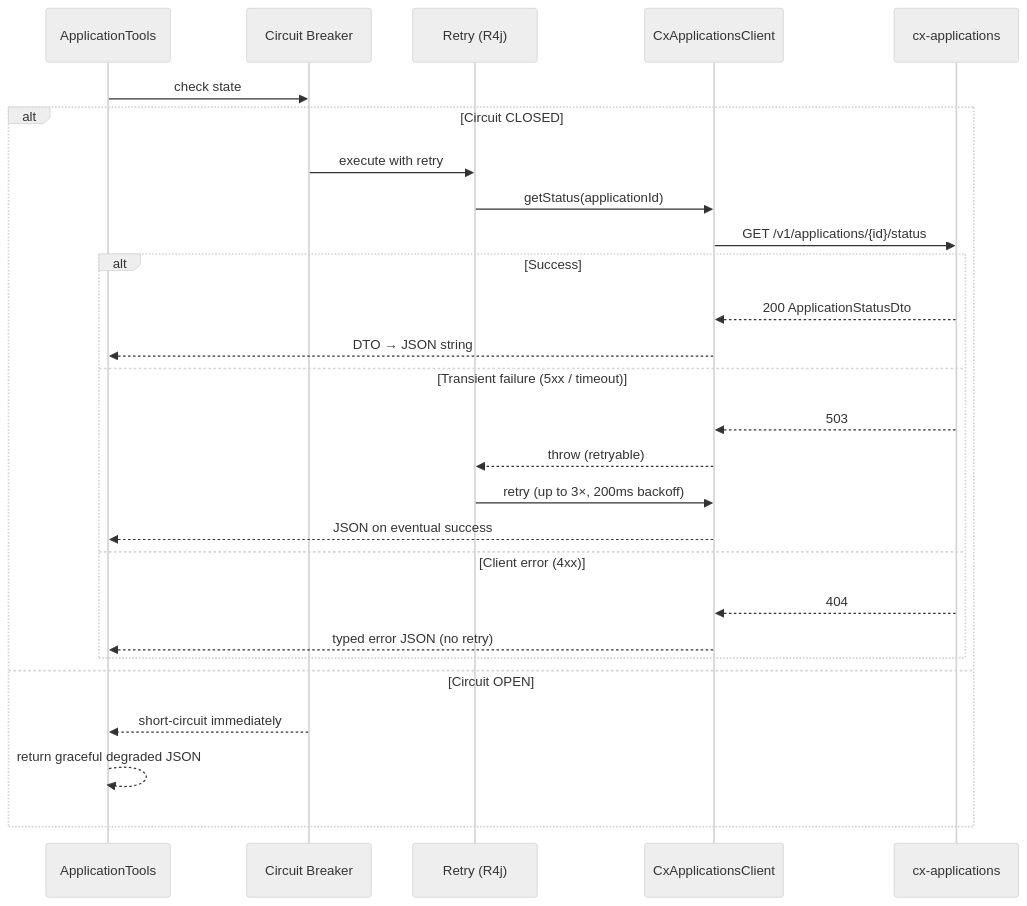
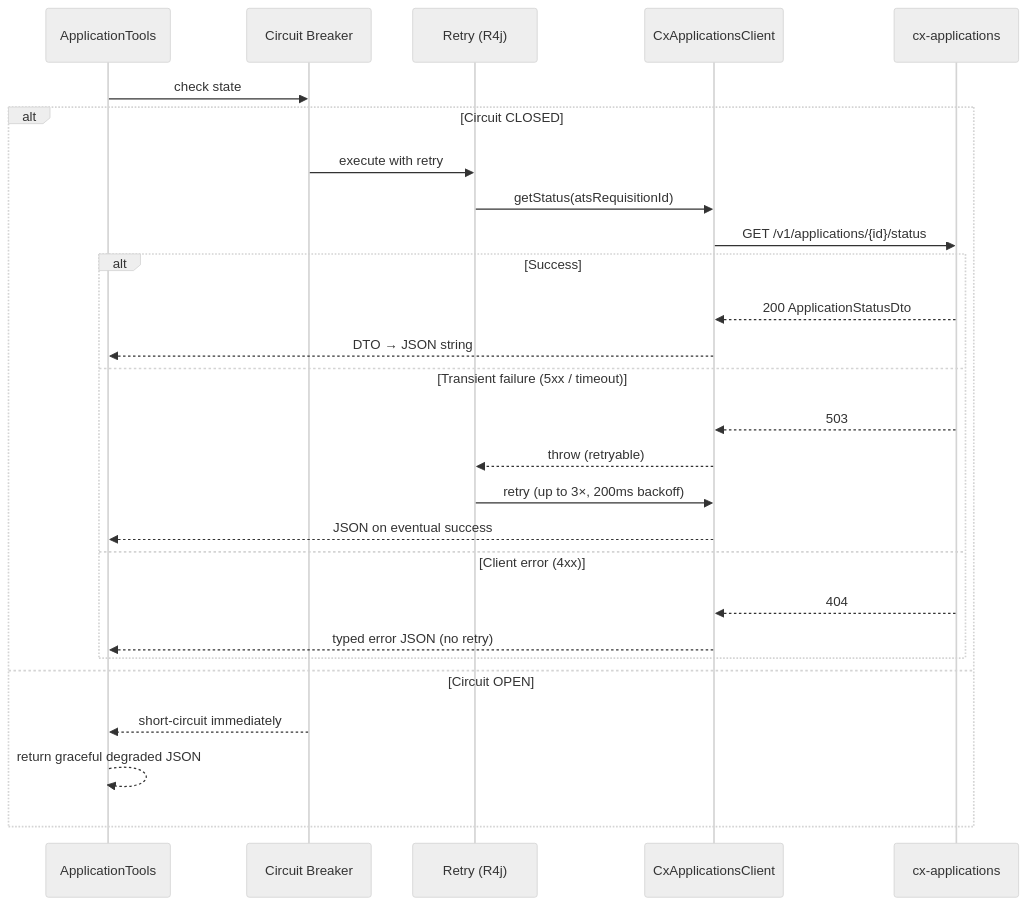
Before and after one commit to venkat-raman17/candidate-agent: diagram 18 of 35 in LLD_POST_APPLY_ASSISTANT.md, drawn with Mermaid (neutral theme). The commit also changed other lines of this file, not shown here.

````diff
--- a/LLD_POST_APPLY_ASSISTANT.md
+++ b/LLD_POST_APPLY_ASSISTANT.md
@@ -1424,30 +1041,30 @@
 ```mermaid
 sequenceDiagram
     participant Tool as ApplicationTools
     participant CB as Circuit Breaker
     participant Retry as Retry (R4j)
     participant Client as CxApplicationsClient
     participant CXA as cx-applications
 
     Tool->>CB: check state
     alt Circuit CLOSED
         CB->>Retry: execute with retry
-        Retry->>Client: getStatus(applicationId)
+        Retry->>Client: getStatus(atsRequisitionId)
         Client->>CXA: GET /v1/applications/{id}/status
         alt Success
             CXA-->>Client: 200 ApplicationStatusDto
             Client-->>Tool: DTO → JSON string
         else Transient failure (5xx / timeout)
             CXA-->>Client: 503
             Client-->>Retry: throw (retryable)
             Retry->>Client: retry (up to 3×, 200ms backoff)
             Client-->>Tool: JSON on eventual success
         else Client error (4xx)
             CXA-->>Client: 404
             Client-->>Tool: typed error JSON (no retry)
         end
     else Circuit OPEN
         CB-->>Tool: short-circuit immediately
         Tool-->>Tool: return graceful degraded JSON
     end
 ```
````
